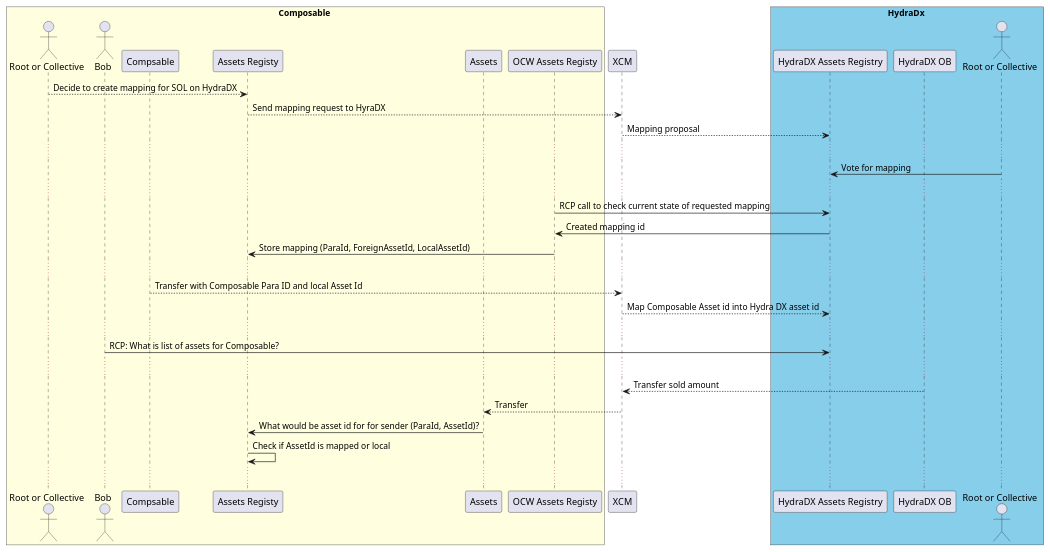
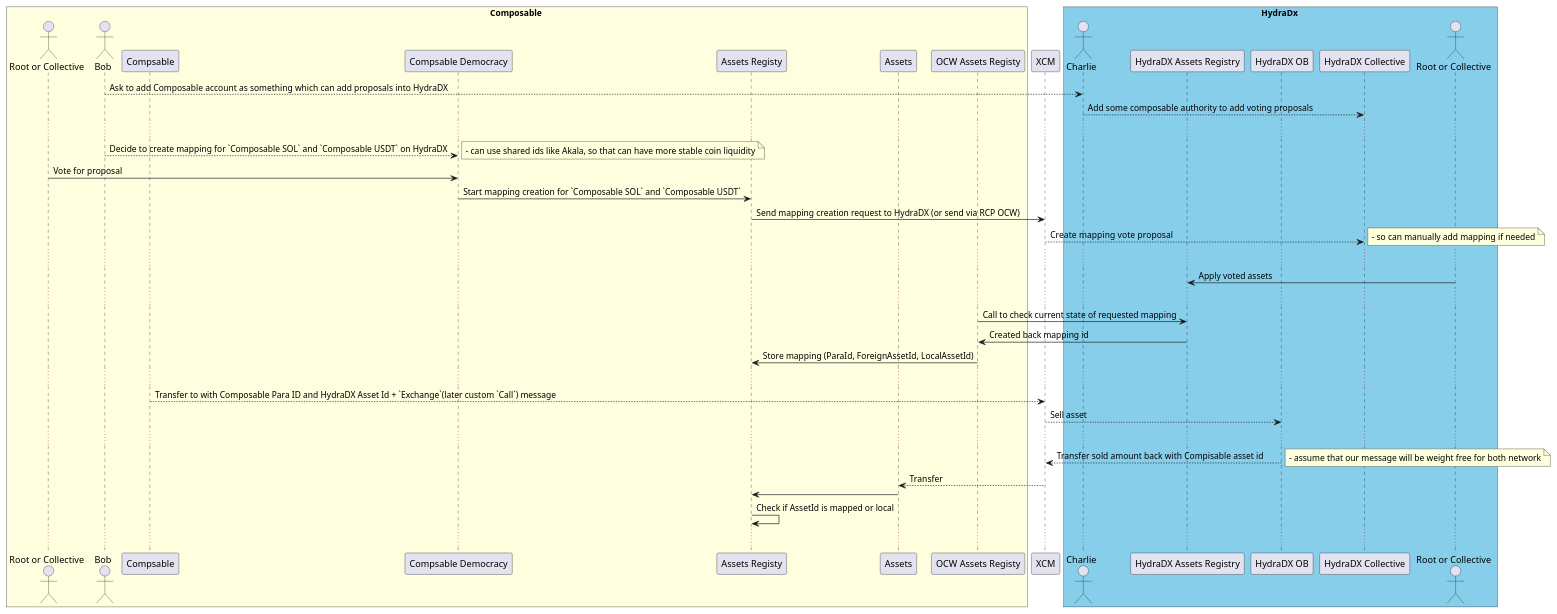
Before and after one commit to ComposableFi/composable: the diagram in frame/assets-registry/mapping.plantuml, drawn with PlantUML. The commit also changed 1 other file, not shown here.

```diff
--- a/frame/assets-registry/mapping.plantuml
+++ b/frame/assets-registry/mapping.plantuml
@@ -1,66 +1,81 @@
 @startuml
 
 box Composable #LightYellow
   actor "Root or Collective" as composable_authority
   actor "Bob" as bob
   participant "Compsable" as composable
+  participant "Compsable Democracy" as composable_democracy
   participant "Assets Registy" as assets_registry_pallet
   participant "Assets" as assets_pallet
   participant "OCW Assets Registy" as assets_registry_ocw
-
-
 end box
 
 participant XCM as xcm
 
 box HydraDx #SkyBlue
+  actor "Charlie" as charlie
   participant "HydraDX Assets Registry" as assets_registry_hydra_dx
   participant "HydraDX OB" as dex
+  participant "HydraDX Collective" as hydra_dx_collective
   actor "Root or Collective" as hydra_dx_authority
 end box
 
-composable_authority --> assets_registry_pallet : Decide to create mapping for SOL on HydraDX
 
-assets_registry_pallet --> xcm: Send mapping request to HyraDX
+bob --> charlie: Ask to add Composable account as something which can add proposals into HydraDX
 
-xcm --> assets_registry_hydra_dx : Mapping proposal
+charlie --> hydra_dx_collective : Add some composable authority to add voting proposals
 
 ...
 
+bob --> composable_democracy : Decide to create mapping for `Composable SOL` and `Composable USDT` on HydraDX
+note right
+ - can use shared ids like Akala, so that can have more stable coin liquidity
+end note
 
-hydra_dx_authority -> assets_registry_hydra_dx : Vote for mapping
+composable_authority -> composable_democracy : Vote for proposal
+
+composable_democracy -> assets_registry_pallet : Start mapping creation for `Composable SOL` and `Composable USDT`
+
+assets_registry_pallet -> xcm: Send mapping creation request to HydraDX (or send via RCP OCW)
+
+xcm --> hydra_dx_collective : Create  mapping vote proposal
+note right
+ - so can manually add mapping if needed
+end note
 
 
 ...
 
-assets_registry_ocw -> assets_registry_hydra_dx : RCP call to check current state of requested mapping
+hydra_dx_authority -> assets_registry_hydra_dx : Apply voted assets
 
-assets_registry_hydra_dx -> assets_registry_ocw: Created mapping id
+...
+
+assets_registry_ocw -> assets_registry_hydra_dx :  Call to check current state of requested mapping
+
+assets_registry_hydra_dx -> assets_registry_ocw: Created back mapping id
 
 assets_registry_ocw -> assets_registry_pallet: Store mapping (ParaId, ForeignAssetId, LocalAssetId)
 
 ...
 
-composable --> xcm: Transfer with Composable Para ID and local Asset Id
+composable --> xcm: Transfer to with Composable Para ID and HydraDX Asset Id + `Exchange`(later custom `Call`) message
 
-xcm --> assets_registry_hydra_dx : Map Composable Asset id into Hydra DX asset id
-
-
-...
-
-bob -> assets_registry_hydra_dx : RCP: What is list of assets for Composable?
+xcm --> dex : Sell asset
 
 ...
 
 
-dex --> xcm: Transfer sold amount
+dex --> xcm: Transfer sold amount back with Compisable asset id
+note right
+  - assume that our message will be weight free for both network
+end note
 
 xcm --> assets_pallet : Transfer
 
-assets_pallet -> assets_registry_pallet : What would be asset id for for sender (ParaId, AssetId)?
+assets_pallet -> assets_registry_pallet :
 
 assets_registry_pallet -> assets_registry_pallet: Check if AssetId is mapped or local
 
 ...
 
 @enduml
```
